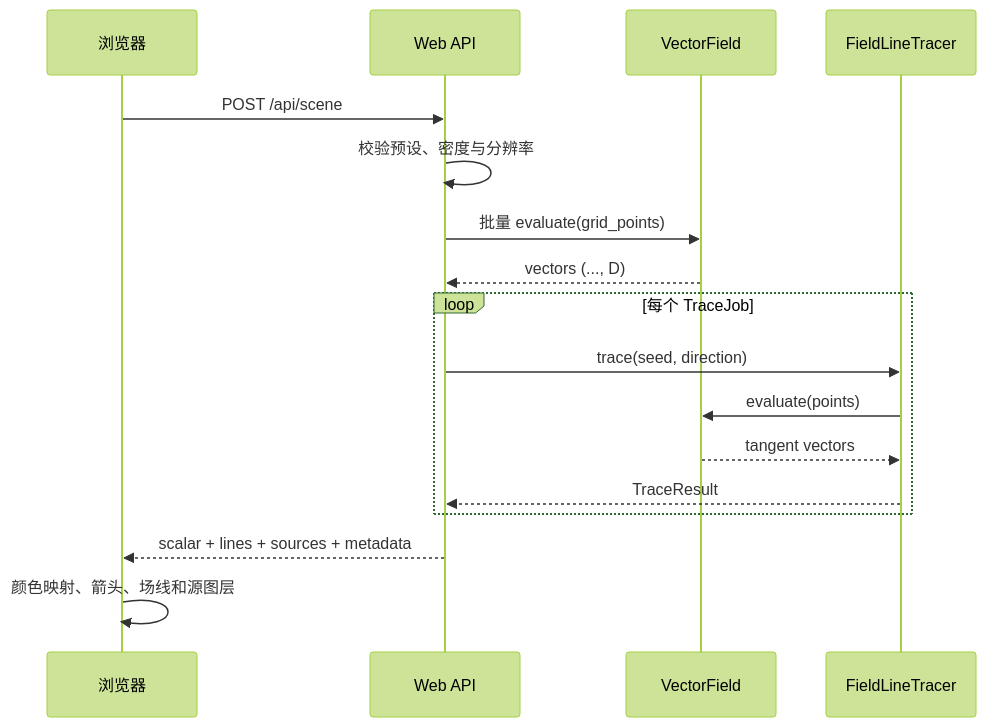
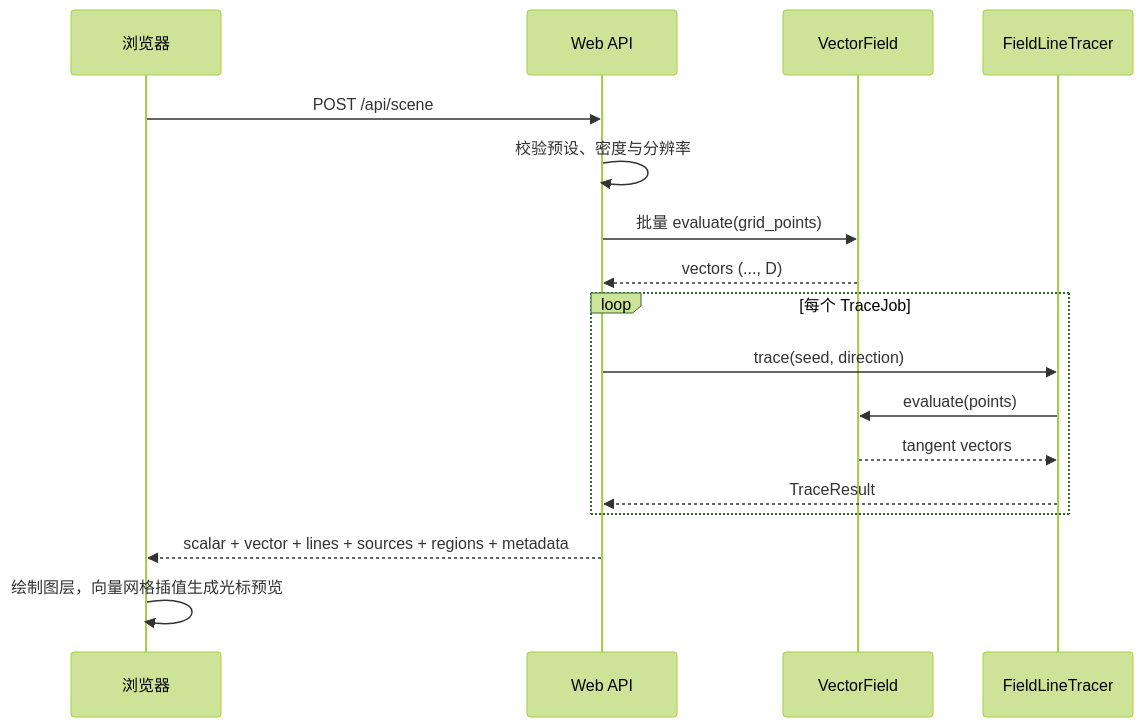
One commit to longwarriors/Vector_field_streamline changed the diagram in docs/architecture.md. Above: the diagram before and after it, drawn with Mermaid (forest theme). The commit also changed other lines of this file and 15 other files, not shown here.

````diff
--- a/docs/architecture.md
+++ b/docs/architecture.md
@@ -42,20 +44,20 @@
 ```mermaid
 sequenceDiagram
     participant UI as 浏览器
     participant API as Web API
     participant Field as VectorField
     participant Tracer as FieldLineTracer
 
     UI->>API: POST /api/scene
     API->>API: 校验预设、密度与分辨率
     API->>Field: 批量 evaluate(grid_points)
     Field-->>API: vectors (..., D)
     loop 每个 TraceJob
         API->>Tracer: trace(seed, direction)
         Tracer->>Field: evaluate(points)
         Field-->>Tracer: tangent vectors
         Tracer-->>API: TraceResult
     end
-    API-->>UI: scalar + lines + sources + metadata
-    UI->>UI: 颜色映射、箭头、场线和源图层
+    API-->>UI: scalar + vector + lines + sources + regions + metadata
+    UI->>UI: 绘制图层，向量网格插值生成光标预览
 ```
````
